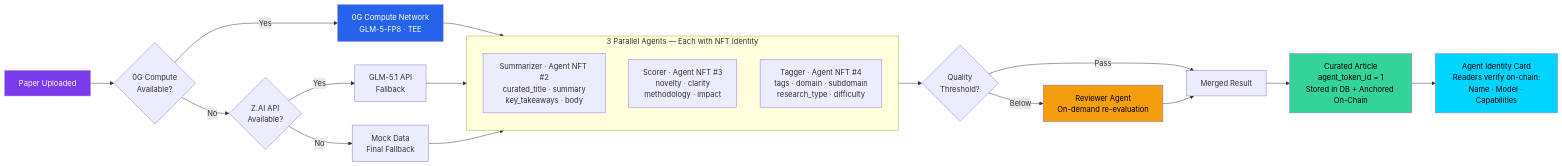
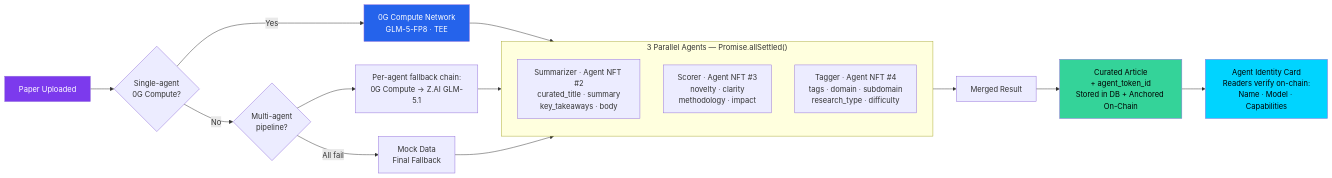
The third of 5 diagrams in README.md (dwlpra/rumah-peneliti), drawn with Mermaid before and after one commit. The commit also changed other lines of this file and 2 other files, not shown here.

First line of the commit message:
feat: agentic economy auto-recycle, README track 3 positioning, fix architecture diagrams

````diff
--- a/README.md
+++ b/README.md
@@ -253,32 +288,30 @@
 ```mermaid
 flowchart LR
-    A[Paper Uploaded] --> B{0G Compute<br/>Available?}
+    A[Paper Uploaded] --> B{Single-agent<br/>0G Compute?}
     B -->|Yes| C[0G Compute Network<br/>GLM-5-FP8 · TEE]
-    B -->|No| D{Z.AI API<br/>Available?}
-    D -->|Yes| E[GLM-5.1 API<br/>Fallback]
-    D -->|No| F[Mock Data<br/>Final Fallback]
+    B -->|No| D{Multi-agent<br/>pipeline?}
+
+    D --> E["Per-agent fallback chain:<br/>0G Compute → Z.AI GLM-5.1"]
+    D -->|All fail| F[Mock Data<br/>Final Fallback]
+
     C --> G
     E --> G
     F --> G
 
-    subgraph G["3 Parallel Agents — Each with NFT Identity"]
+    subgraph G["3 Parallel Agents — Promise.allSettled()"]
         direction TB
         S["Summarizer · Agent NFT #2<br/>curated_title · summary<br/>key_takeaways · body"]
         SC["Scorer · Agent NFT #3<br/>novelty · clarity<br/>methodology · impact"]
         T["Tagger · Agent NFT #4<br/>tags · domain · subdomain<br/>research_type · difficulty"]
     end
 
-    G --> H{Quality<br/>Threshold?}
-    H -->|Below| I["Reviewer Agent<br/>On-demand re-evaluation"]
-    H -->|Pass| J[Merged Result]
-    I --> J
-    J --> K["Curated Article<br/>agent_token_id = 1<br/>Stored in DB + Anchored On-Chain"]
+    G --> J[Merged Result]
+    J --> K["Curated Article<br/>+ agent_token_id<br/>Stored in DB + Anchored On-Chain"]
 
     K --> L["Agent Identity Card<br/>Readers verify on-chain:<br/>Name · Model · Capabilities"]
 
     style A fill:#7c3aed,color:#fff
     style C fill:#2563eb,color:#fff
-    style I fill:#f59e0b,color:#000
     style K fill:#34d399,color:#000
     style L fill:#00d4ff,color:#000
 ```
````
